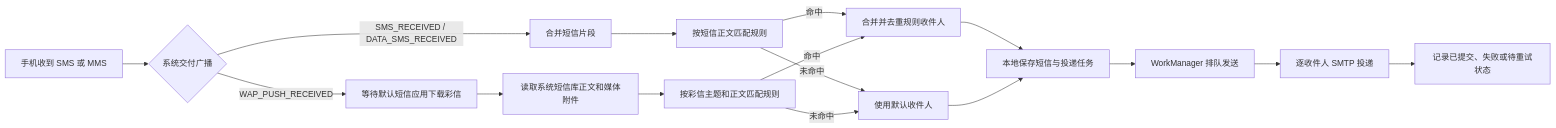
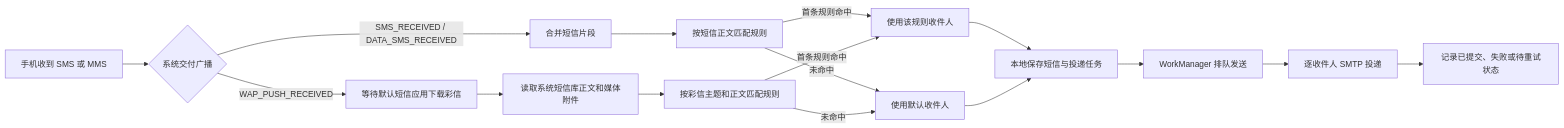
The diagram in docs/PROJECT-GUIDE.md (MasenTT/SmsMailForwarder), drawn with Mermaid before and after one commit. The commit also changed other lines of this file and 22 other files, not shown here.

````diff
--- a/docs/PROJECT-GUIDE.md
+++ b/docs/PROJECT-GUIDE.md
@@ -16,18 +16,18 @@
 ```mermaid
 flowchart LR
     A[手机收到 SMS 或 MMS] --> B{系统交付广播}
     B -->|SMS_RECEIVED / DATA_SMS_RECEIVED| C[合并短信片段]
     B -->|WAP_PUSH_RECEIVED| M[等待默认短信应用下载彩信]
     M --> N[读取系统短信库正文和媒体附件]
     C --> D[按短信正文匹配规则]
     N --> D2[按彩信主题和正文匹配规则]
-    D -->|命中| E[合并并去重规则收件人]
-    D2 -->|命中| E
+    D -->|首条规则命中| E[使用该规则收件人]
+    D2 -->|首条规则命中| E
     D -->|未命中| F[使用默认收件人]
     D2 -->|未命中| F
     E --> G[本地保存短信与投递任务]
     F --> G
     G --> H[WorkManager 排队发送]
     H --> I[逐收件人 SMTP 投递]
     I --> J[记录已提交、失败或待重试状态]
 ```
````
